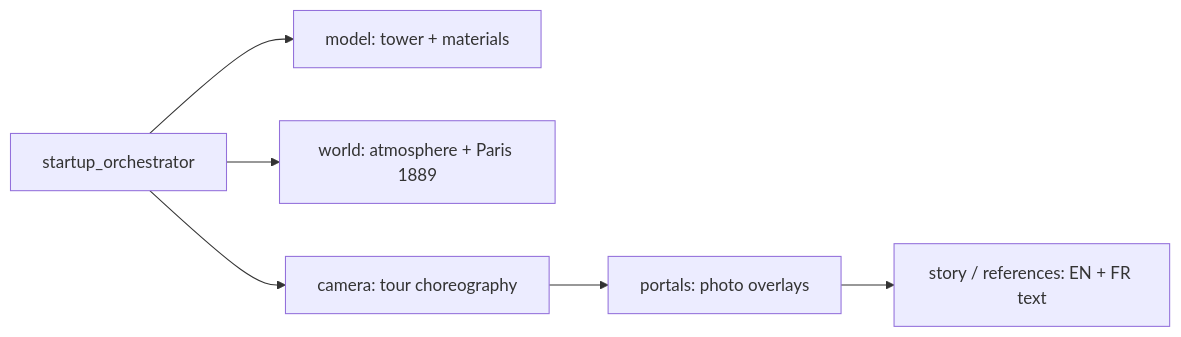
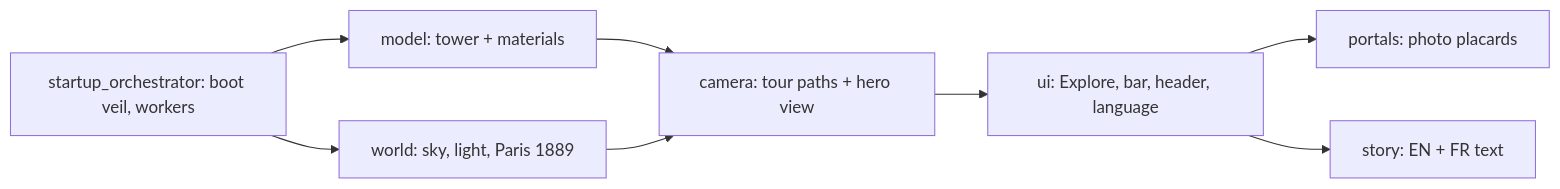
One commit to GauravRewaliya/AgentTesting changed the diagram in TestCases/test_folders/agent_fixture/prompt_fixtures/aistudio_eiffel_tower_3d/README.md. Above: the diagram before and after it, drawn with Mermaid. The commit also changed other lines of this file and 90 other files, not shown here.

````diff
--- a/TestCases/test_folders/agent_fixture/prompt_fixtures/aistudio_eiffel_tower_3d/README.md
+++ b/TestCases/test_folders/agent_fixture/prompt_fixtures/aistudio_eiffel_tower_3d/README.md
@@ -33,8 +46,10 @@
 ```mermaid
 flowchart LR
-  ST[startup_orchestrator] --> TM[model: tower + materials]
-  ST --> WD[world: atmosphere + Paris 1889]
-  ST --> CM[camera: tour choreography]
-  CM --> PP[portals: photo overlays]
-  PP --> TX[story / references: EN + FR text]
+  ST[startup_orchestrator: boot veil, workers] --> TM[model: tower + materials]
+  ST --> WD[world: sky, light, Paris 1889]
+  TM --> CM[camera: tour paths + hero view]
+  WD --> CM
+  CM --> UI[ui: Explore, bar, header, language]
+  UI --> PP[portals: photo placards]
+  UI --> TX[story: EN + FR text]
 ```
````
